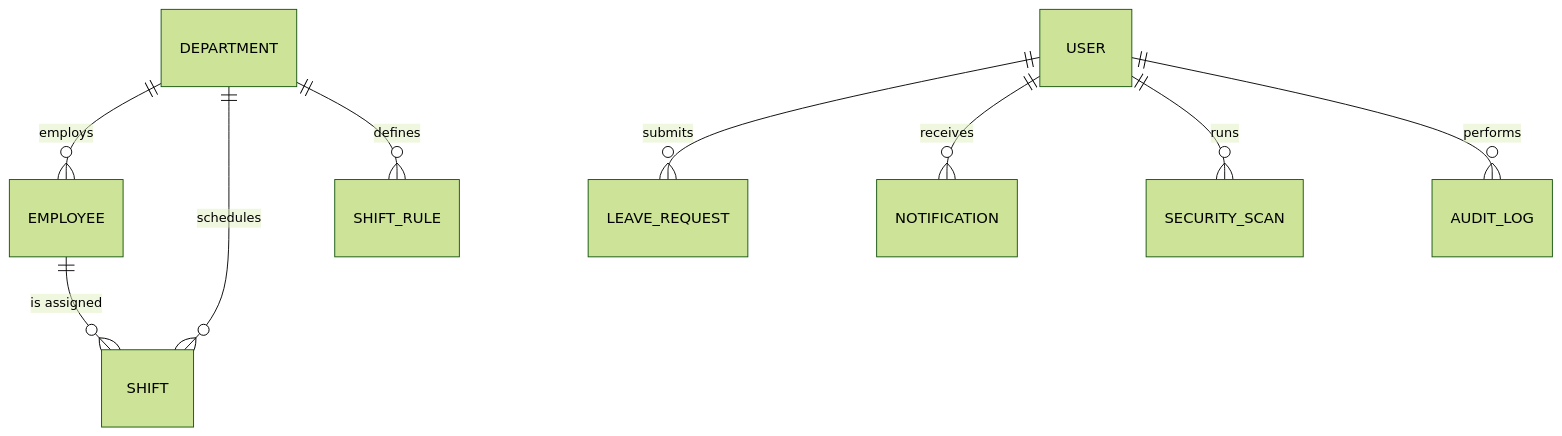
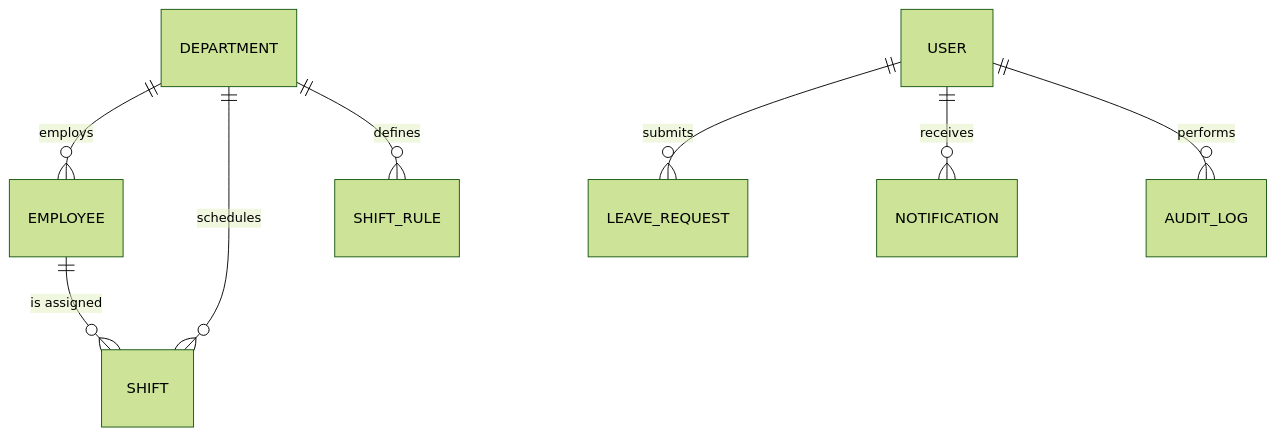
Before and after one commit to LordAurora/shift-planning-application: the fourth of 4 diagrams in README.md, drawn with Mermaid (forest theme). The commit also changed other lines of this file and 67 other files, not shown here.

````diff
--- a/README.md
+++ b/README.md
@@ -390,11 +371,10 @@
 ```mermaid
 erDiagram
     DEPARTMENT ||--o{ EMPLOYEE : employs
     DEPARTMENT ||--o{ SHIFT : schedules
     DEPARTMENT ||--o{ SHIFT_RULE : defines
     EMPLOYEE ||--o{ SHIFT : "is assigned"
     USER ||--o{ LEAVE_REQUEST : submits
     USER ||--o{ NOTIFICATION : receives
-    USER ||--o{ SECURITY_SCAN : runs
     USER ||--o{ AUDIT_LOG : performs
 ```
````
